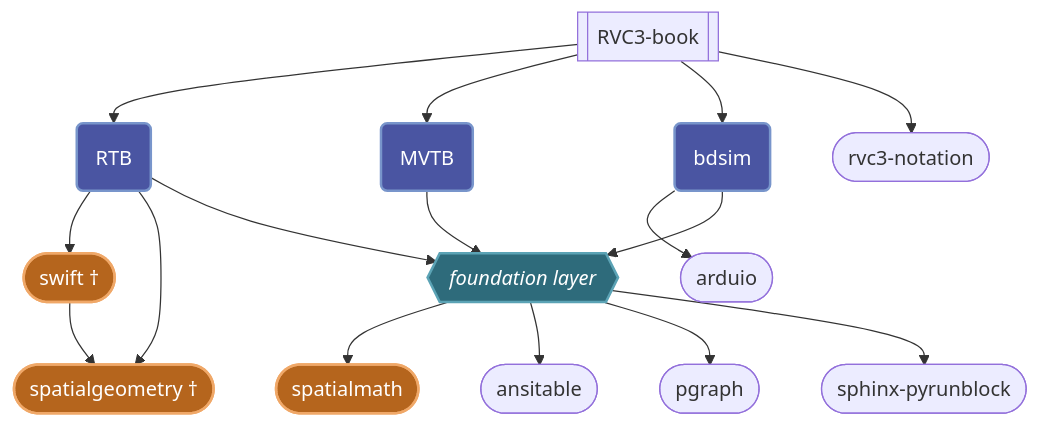
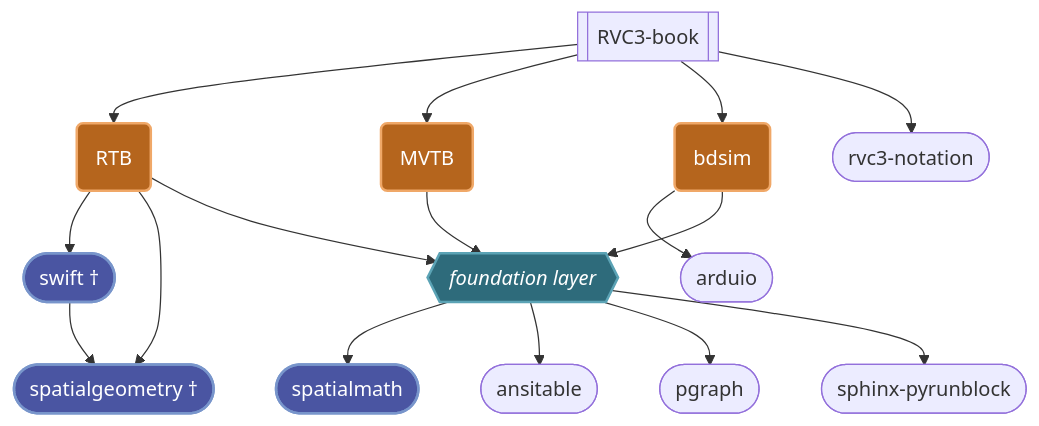
The diagram in README.md (petercorke/rvc-ecosystem), drawn with Mermaid before and after one commit. The commit also changed other lines of this file and 1 other file, not shown here.

Commit message:
docs: swap orange/dark-slate-blue color scheme, add ecosystem status page
Swaps which classDef gets which color in the architecture diagram (big 3
now orange, third-party repos now dark slate blue) and adds a live
CI/PyPI/issue/PR status table (status.html) linked from the README via
GitHub Pages.

````diff
--- a/README.md
+++ b/README.md
@@ -13,70 +13,70 @@
 ```mermaid
 flowchart TD
 	%% Custom Class Definition: Works in both Light and Dark themes
-    %% Uses a muted indigo/violet accent with white text and a clean border
-    classDef highlight fill:#4A55A2,stroke:#7895CB,color:#FFFFFF,stroke-width:2px;
+    %% Warm orange accent with white text and a clean border
+    classDef highlight fill:#B5651D,stroke:#F0A868,color:#FFFFFF,stroke-width:2px;
 
-    %% Third-party owned packages (RAI, jhavl) - warm orange, distinct from
-    %% the indigo highlight and colorblind-safe against it (blue vs orange,
+    %% Third-party owned packages (RAI, jhavl) - muted indigo/violet, distinct
+    %% from the orange highlight and colorblind-safe against it (blue vs orange,
     %% not red vs green)
-    classDef thirdparty fill:#B5651D,stroke:#F0A868,color:#FFFFFF,stroke-width:2px;
+    classDef thirdparty fill:#4A55A2,stroke:#7895CB,color:#FFFFFF,stroke-width:2px;
 
     %% Foundation layer - dark slate teal; white text readable on both themes
     classDef foundation fill:#2E6B7B,stroke:#5BA3B5,color:#FFFFFF,stroke-width:2px;
     
     %% Define Nodes with specific shapes from user instructions
 
     %% RVC3-book is subroutine style
     RVC3[[RVC3-book]]
 
     %% rvc-foundations is hexagon style >]
     Foundations{{"<i>foundation layer</i>"}}
 
     %% RTB, MVTB, bdsim are rounded box style
     RTB(RTB)
     MVTB(MVTB)
     BDSIM(bdsim)
 
     %% Others are stadium style ([])
     Notation([rvc3-notation])
     Swift([swift †])
     Geometries([spatialgeometry †])
     Arduino([arduio])
     Spatialmath([spatialmath])
     Ansitable([ansitable])
     Pgraph([pgraph])
     Sphinx([sphinx-pyrunblock])
     
     %% Apply Highlight Class to Specific Nodes
     class RTB,MVTB,BDSIM highlight;
     class Swift,Geometries,Spatialmath thirdparty;
     class Foundations foundation;
 
     %% Define Connections based on sketch
 
     %% Top Level Connections
     RVC3 --> RTB
     RVC3 --> MVTB
     RVC3 --> BDSIM
     RVC3 --> Notation
 
     %% RTB Branch
     RTB --> Swift
     RTB --> Geometries
     Swift --> Geometries
 
     %% BDSIM Branch
     BDSIM --> Arduino
 
     %% Mid-Level Convergence to Foundations
     RTB --> Foundations
     MVTB --> Foundations
     BDSIM --> Foundations
 
     %% Bottom Level Connections
     Foundations --> Spatialmath
     Foundations --> Ansitable
     Foundations --> Pgraph
     Foundations --> Sphinx
 
 ```
````
